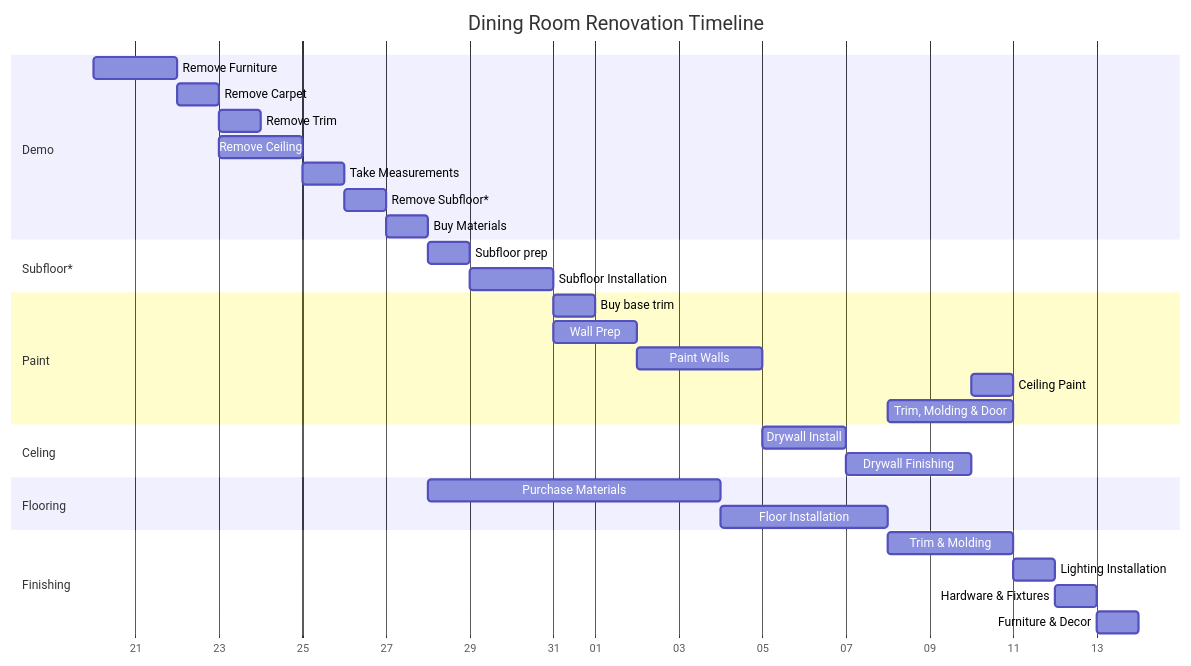
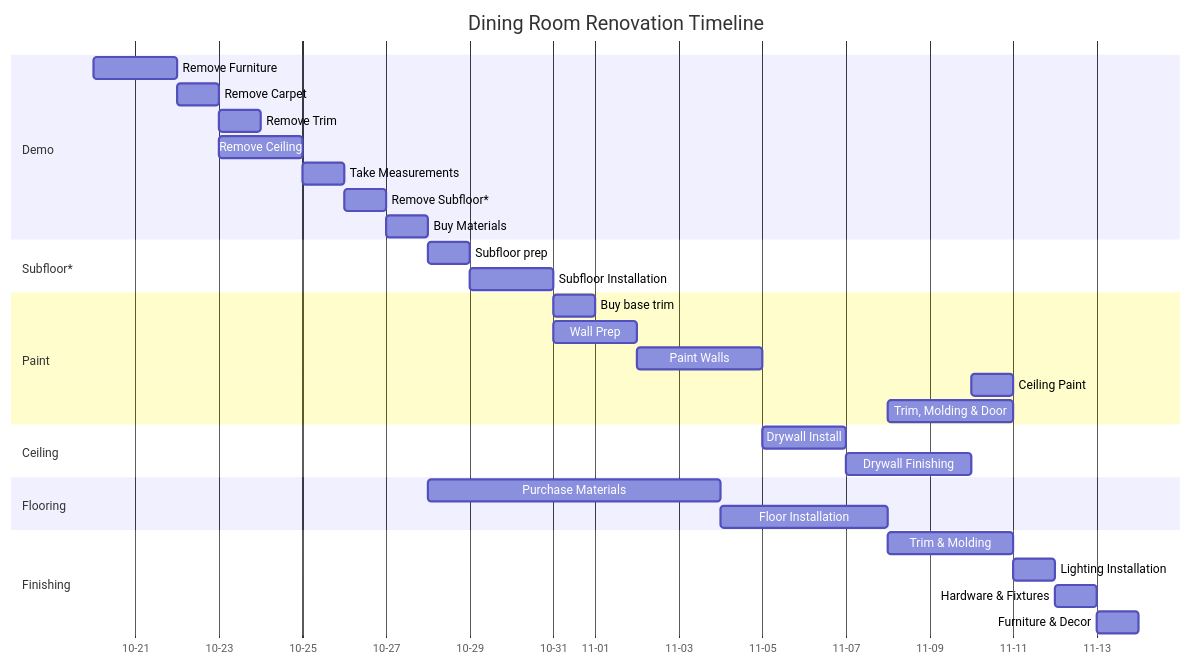
One commit to jonatr35/ai-responses changed the diagram in _responses/dining-room-reno.md. Above: the diagram before and after it, drawn with Mermaid. The commit also changed other lines of this file, not shown here.

````diff
--- a/_responses/dining-room-reno.md
+++ b/_responses/dining-room-reno.md
@@ -10,39 +10,39 @@
 ```mermaid
 gantt
     title Dining Room Renovation Timeline
     dateFormat YYYY-MM-DD
-    axisFormat %d
+    axisFormat %m-%d
     section Demo
     Remove Furniture                :a1, 2025-10-20, 2d
     Remove Carpet                   :a2, after a1, 1d
     Remove Trim                     :a3, after a2, 1d
     Remove Ceiling                  :a4, after a2, 2d
     Take Measurements               :a5, after a4, 1d
     Remove Subfloor*                :a6, after a5, 1d
     Buy Materials                   :a7, after a6, 1d
     
     section Subfloor*
     Subfloor prep                   :b1, after a7, 1d
     Subfloor Installation           :b2, after b1, 2d
     
     section Paint
     Buy base trim                   :c1, after b2, 1d
     Wall Prep                       :c2, after b2, 2d
     Paint Walls                     :c3, after c2, 3d
     Ceiling Paint                   :c4, after d2, 1d
     Trim, Molding & Door            :c5, after e2, 3d
     
-    section Celing
+    section Ceiling
     Drywall Install                 :d1, after c3, 2d
     Drywall Finishing               :d2, after d1, 3d
     
     section Flooring
     Purchase Materials              :e1, after a7, 7d
     Floor Installation              :e2, after e1, 4d
     
     section Finishing
     Trim & Molding                  :g1, after e2, 3d
     Lighting Installation           :g2, after g1, 1d
     Hardware & Fixtures             :g3, after g2, 1d
     Furniture & Decor               :g4, after g3, 1d
 ```
````
